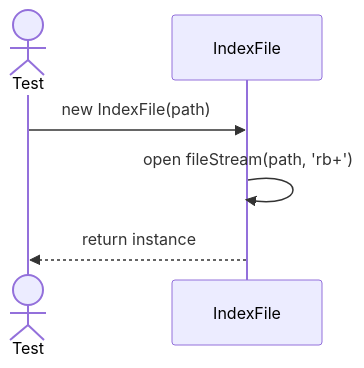
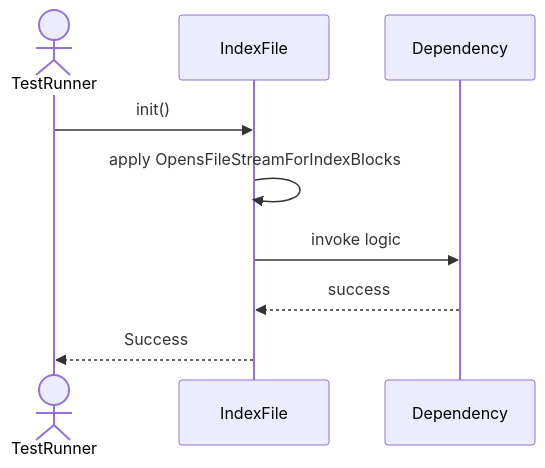
Before and after one commit to TamBui1706/DBMS: the first of 5 diagrams in Sequences/StorageEngine/IndexFile.md, drawn with Mermaid. The commit also changed other lines of this file and 63 other files, not shown here.

Commit message:
Draw sequence diagram for unit tests

````diff
--- a/Sequences/StorageEngine/IndexFile.md
+++ b/Sequences/StorageEngine/IndexFile.md
@@ -14,9 +18,10 @@
 ```mermaid
 sequenceDiagram
-    actor Test
+    actor TestRunner
     participant IndexFile
-
-    Test->>IndexFile: new IndexFile(path)
-    IndexFile->>IndexFile: open fileStream(path, 'rb+')
-    IndexFile-->>Test: return instance
+    TestRunner->>IndexFile: init()
+    IndexFile->>IndexFile: apply OpensFileStreamForIndexBlocks
+    IndexFile->>Dependency: invoke logic
+    Dependency-->>IndexFile: success
+    IndexFile-->>TestRunner: Success
 ```
````
